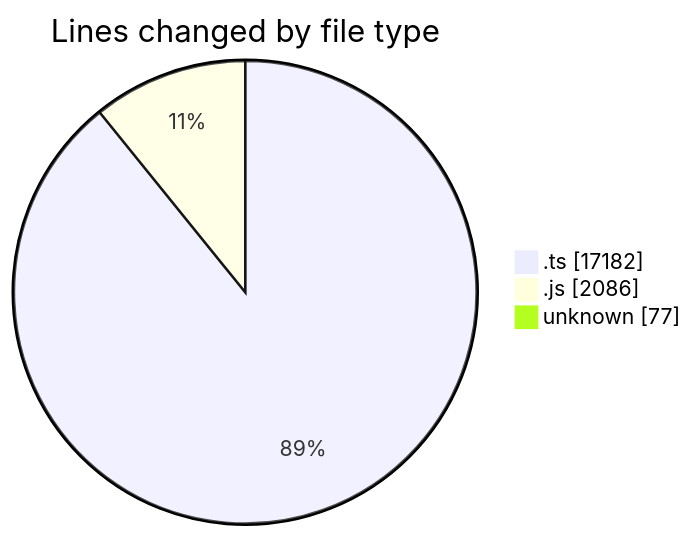
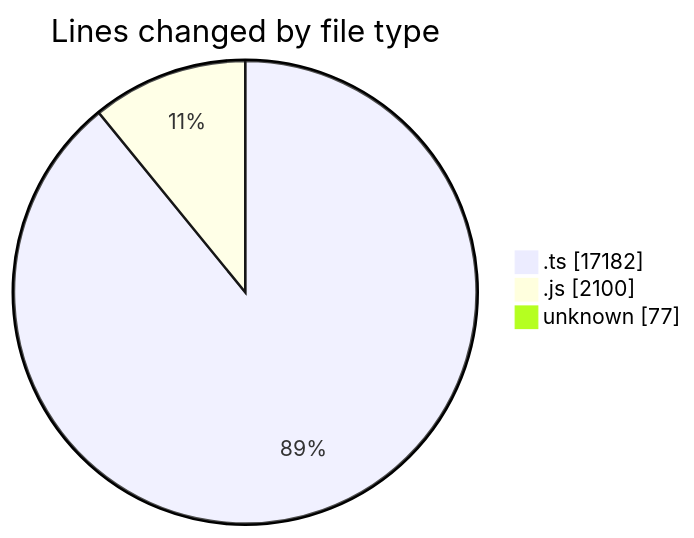
Before and after one commit to momahboobian/code-tracking: the first of 2 diagrams in 2026-02-03/cda/README.md, drawn with Mermaid. The commit also changed other lines of this file and 1 other file, not shown here.

````diff
--- a/2026-02-03/cda/README.md
+++ b/2026-02-03/cda/README.md
@@ -28,7 +28,7 @@
 ```mermaid
 pie showData
 title Lines changed by file type
 ".ts" : 17182
-".js" : 2086
+".js" : 2100
 "unknown" : 77
 ```
````
